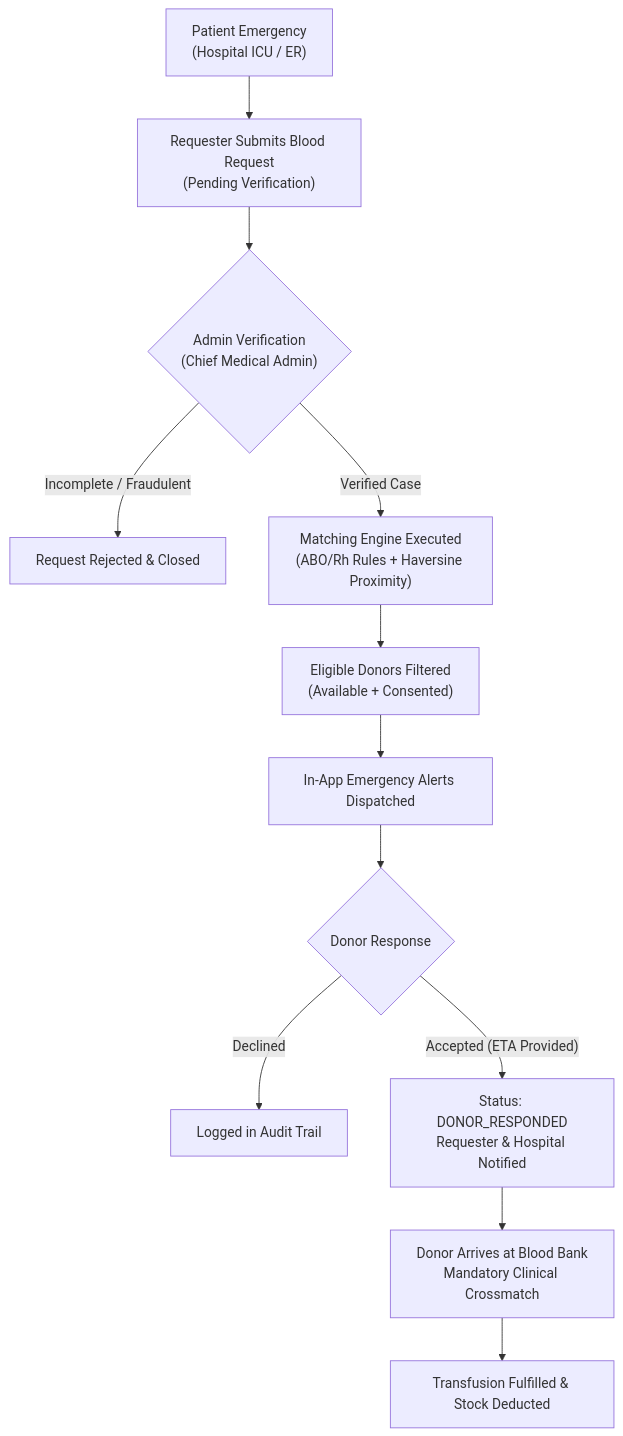
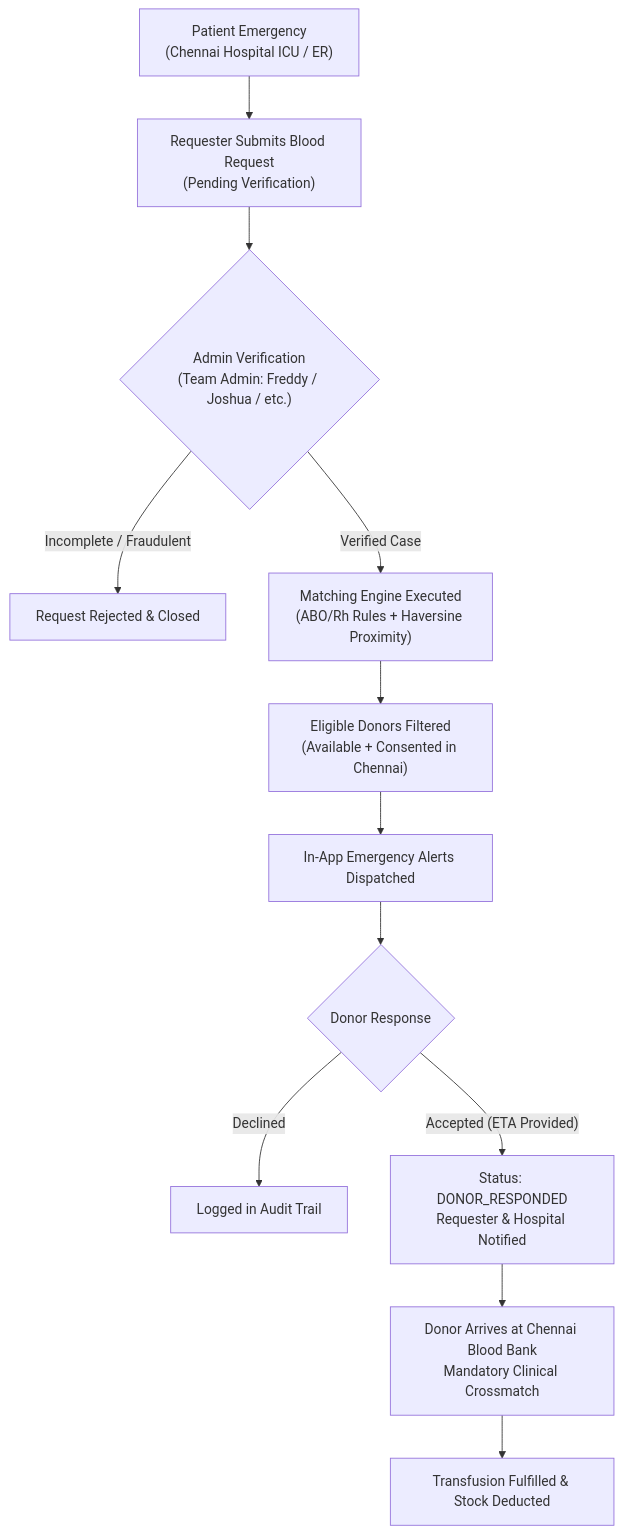
Before and after one commit to MxthThunder/BloodConnect: the diagram in PRESENTATION_GUIDE.md, drawn with Mermaid. The commit also changed other lines of this file and 36 other files, not shown here.

````diff
--- a/PRESENTATION_GUIDE.md
+++ b/PRESENTATION_GUIDE.md
@@ -34,14 +54,14 @@
 ```mermaid
 graph TD
-    A["Patient Emergency\n(Hospital ICU / ER)"] --> B["Requester Submits Blood Request\n(Pending Verification)"]
-    B --> C{"Admin Verification\n(Chief Medical Admin)"}
+    A["Patient Emergency\n(Chennai Hospital ICU / ER)"] --> B["Requester Submits Blood Request\n(Pending Verification)"]
+    B --> C{"Admin Verification\n(Team Admin: Freddy / Joshua / etc.)"}
     C -- "Incomplete / Fraudulent" --> D["Request Rejected & Closed"]
     C -- "Verified Case" --> E["Matching Engine Executed\n(ABO/Rh Rules + Haversine Proximity)"]
-    E --> F["Eligible Donors Filtered\n(Available + Consented)"]
+    E --> F["Eligible Donors Filtered\n(Available + Consented in Chennai)"]
     F --> G["In-App Emergency Alerts Dispatched"]
     G --> H{"Donor Response"}
     H -- "Declined" --> I["Logged in Audit Trail"]
     H -- "Accepted (ETA Provided)" --> J["Status: DONOR_RESPONDED\nRequester & Hospital Notified"]
-    J --> K["Donor Arrives at Blood Bank\nMandatory Clinical Crossmatch"]
+    J --> K["Donor Arrives at Chennai Blood Bank\nMandatory Clinical Crossmatch"]
     K --> L["Transfusion Fulfilled & Stock Deducted"]
 ```
````
